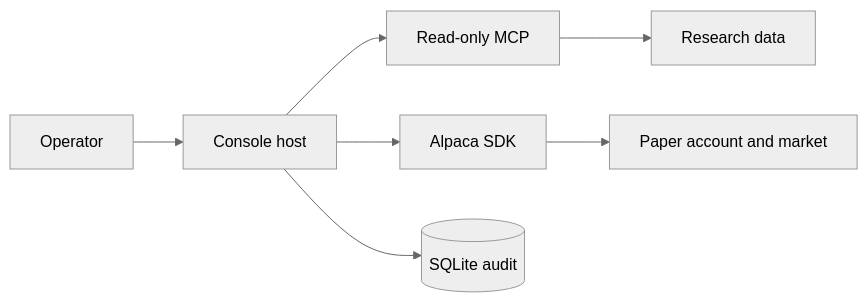
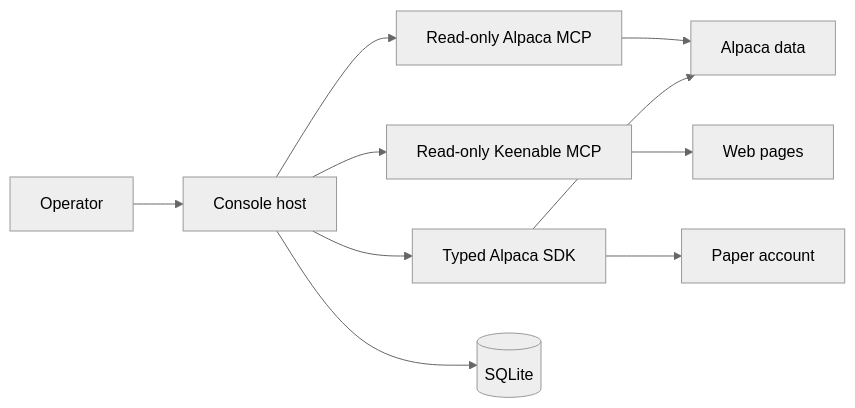
The diagram in .lode/architecture/summary.md (xakpc/Alpaca.NoIdea), drawn with Mermaid (neutral theme) before and after one commit. The commit also changed other lines of this file and 92 other files, not shown here.

````diff
--- a/.lode/architecture/summary.md
+++ b/.lode/architecture/summary.md
@@ -7,9 +7,12 @@
 ```mermaid
 flowchart LR
-    U[Operator] --> H[Console host]
-    H --> M[Read-only MCP]
-    H --> A[Alpaca SDK]
-    H --> D[(SQLite audit)]
-    M --> X[Research data]
-    A --> P[Paper account and market]
+    O[Operator] --> H[Console host]
+    H --> M[Read-only Alpaca MCP]
+    H --> K[Read-only Keenable MCP]
+    H --> S[Typed Alpaca SDK]
+    H --> D[(SQLite)]
+    M --> A[Alpaca data]
+    S --> A
+    S --> P[Paper account]
+    K --> W[Web pages]
 ```
````
